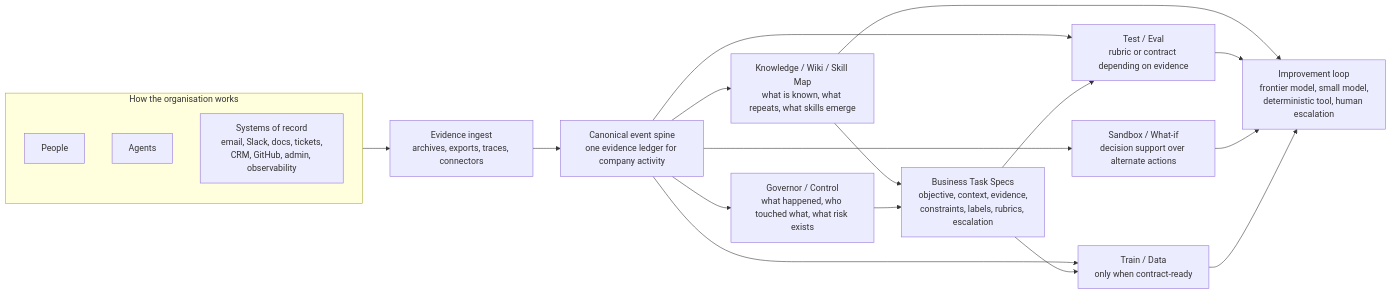
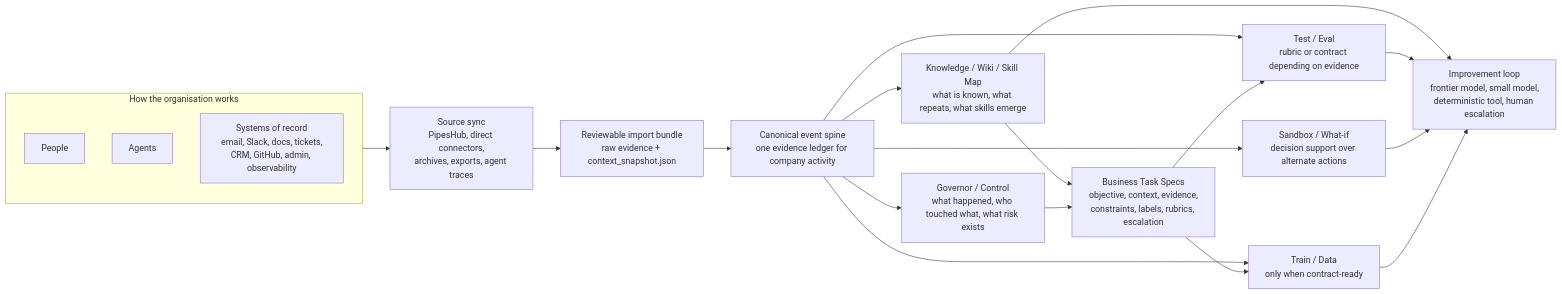
The diagram in README.md (rezendi/vei), drawn with Mermaid before and after one commit.

Commit message:
docs: show PipesHub source sync in README diagram

````diff
--- a/README.md
+++ b/README.md
@@ -17,29 +17,31 @@
 ```mermaid
 flowchart LR
     subgraph ORG["How the organisation works"]
         A["People"]
         B["Agents"]
         C["Systems of record<br/>email, Slack, docs, tickets,<br/>CRM, GitHub, admin, observability"]
     end
 
-    ORG --> INGEST["Evidence ingest<br/>archives, exports, traces, connectors"]
+    ORG --> SYNC["Source sync<br/>PipesHub, direct connectors,<br/>archives, exports, agent traces"]
 
-    INGEST --> SPINE["Canonical event spine<br/>one evidence ledger for company activity"]
+    SYNC --> PACKAGE["Reviewable import bundle<br/>raw evidence + context_snapshot.json"]
+
+    PACKAGE --> SPINE["Canonical event spine<br/>one evidence ledger for company activity"]
 
     SPINE --> WIKI["Knowledge / Wiki / Skill Map<br/>what is known, what repeats, what skills emerge"]
     SPINE --> CONTROL["Governor / Control<br/>what happened, who touched what, what risk exists"]
     SPINE --> WHATIF["Sandbox / What-if<br/>decision support over alternate actions"]
     SPINE --> EVALS["Test / Eval<br/>rubric or contract depending on evidence"]
     SPINE --> PACKAGES["Train / Data<br/>only when contract-ready"]
 
     WIKI --> SPEC["Business Task Specs<br/>objective, context, evidence,<br/>constraints, labels, rubrics, escalation"]
     CONTROL --> SPEC
 
     SPEC --> EVALS
     SPEC --> PACKAGES
 
     WIKI --> IMPROVE["Improvement loop<br/>frontier model, small model,<br/>deterministic tool, human escalation"]
     EVALS --> IMPROVE
     WHATIF --> IMPROVE
     PACKAGES --> IMPROVE
 ```
````
